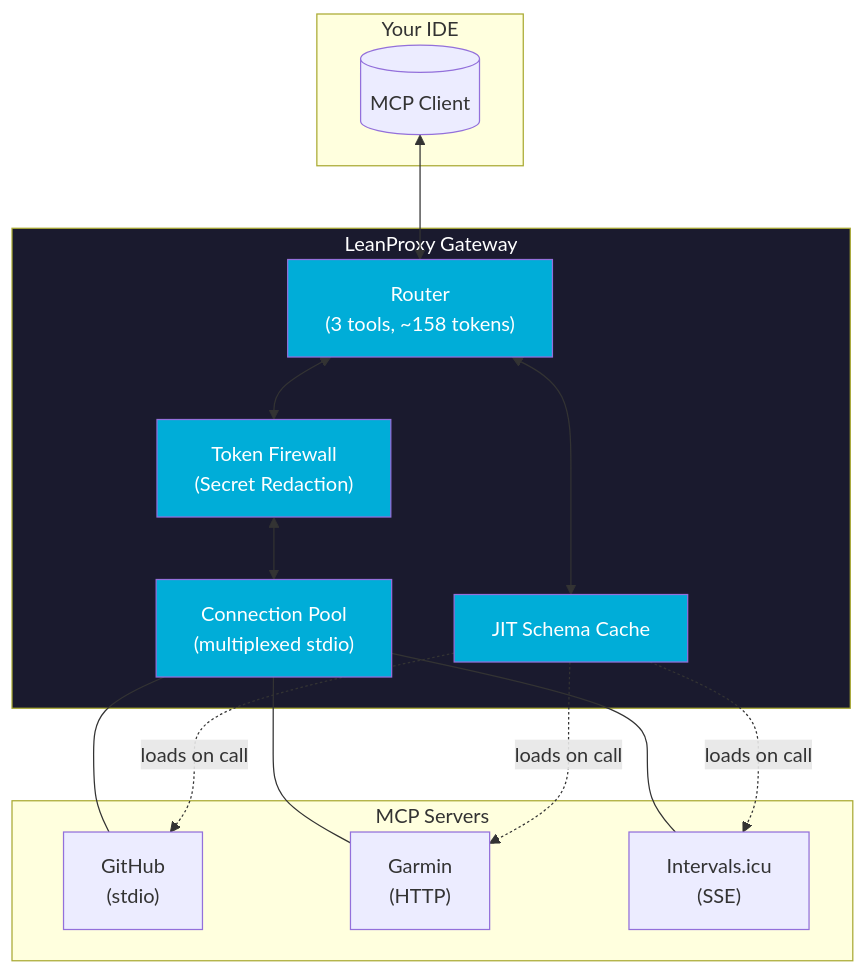
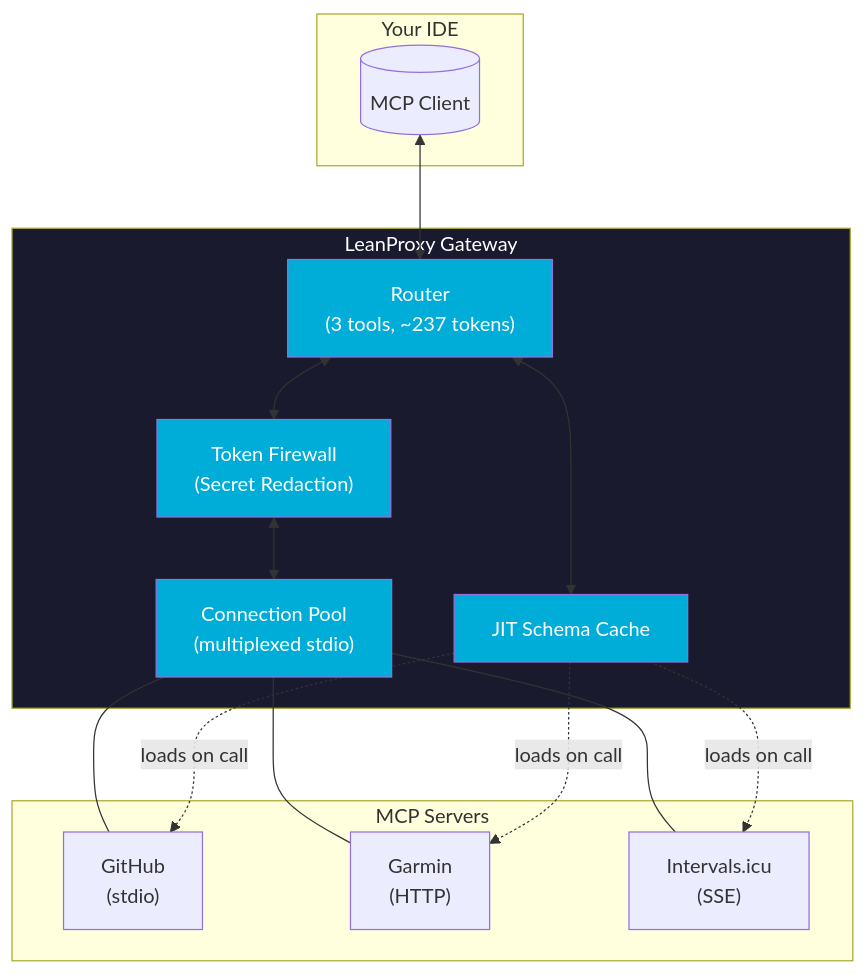
One commit to mmornati/leanproxy-mcp changed the third of 3 diagrams in README.md. Above: the diagram before and after it, drawn with Mermaid. The commit also changed other lines of this file and 13 other files, not shown here.

````diff
--- a/README.md
+++ b/README.md
@@ -212,38 +212,38 @@
 ```mermaid
 flowchart TB
     subgraph IDE["Your IDE"]
         Client[(MCP Client)]
     end
 
     subgraph Gateway["LeanProxy Gateway"]
-        Router["Router<br/>(3 tools, ~158 tokens)"]
+        Router["Router<br/>(3 tools, ~237 tokens)"]
         JIT["JIT Schema Cache"]
         Firewall["Token Firewall<br/>(Secret Redaction)"]
         Pool["Connection Pool<br/>(multiplexed stdio)"]
     end
 
     subgraph Servers["MCP Servers"]
         GH["GitHub<br/>(stdio)"]
         Garmin["Garmin<br/>(HTTP)"]
         Intervals["Intervals.icu<br/>(SSE)"]
     end
 
     Client <--> Router
     Router <--> JIT
     Router <--> Firewall
     Firewall <--> Pool
 
     Pool --- GH
     Pool --- Garmin
     Pool --- Intervals
 
     JIT -.->|"loads on call"| GH
     JIT -.->|"loads on call"| Garmin
     JIT -.->|"loads on call"| Intervals
 
     style Gateway fill:#1a1a2e,color:#fff
     style Router fill:#00ADD8,color:#fff
     style JIT fill:#00ADD8,color:#fff
     style Firewall fill:#00ADD8,color:#fff
     style Pool fill:#00ADD8,color:#fff
 ```
````
